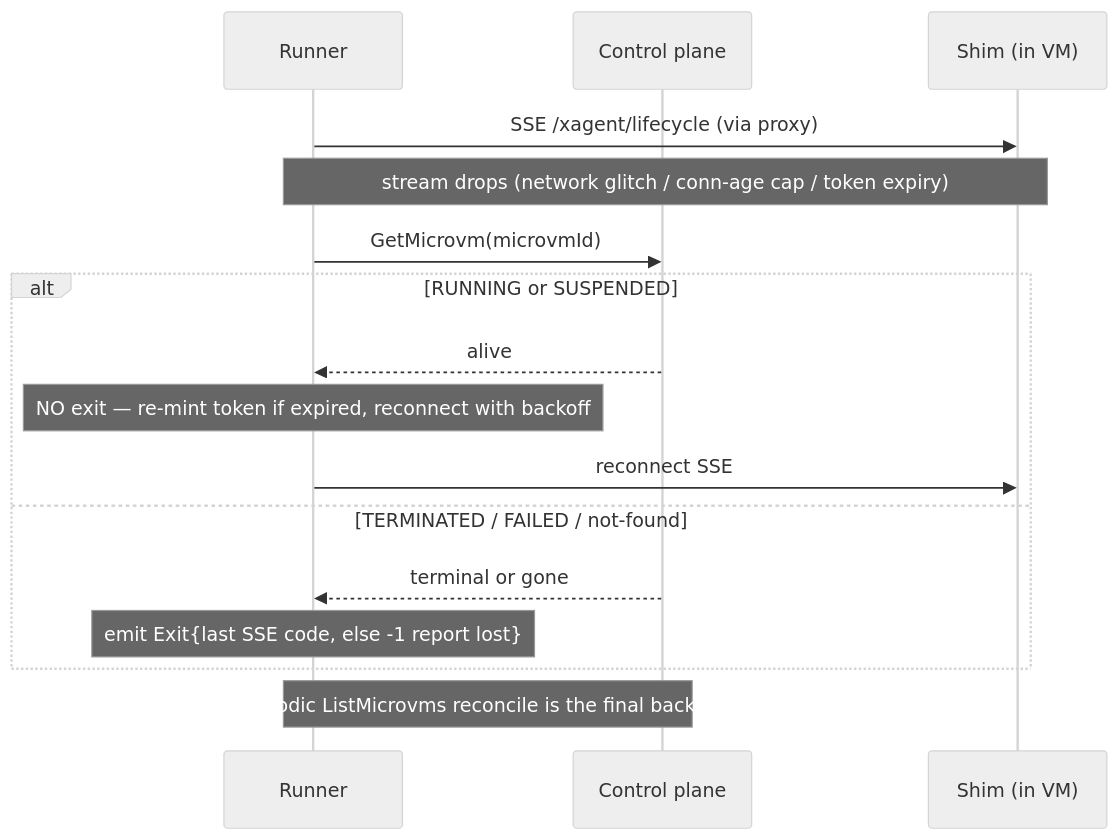
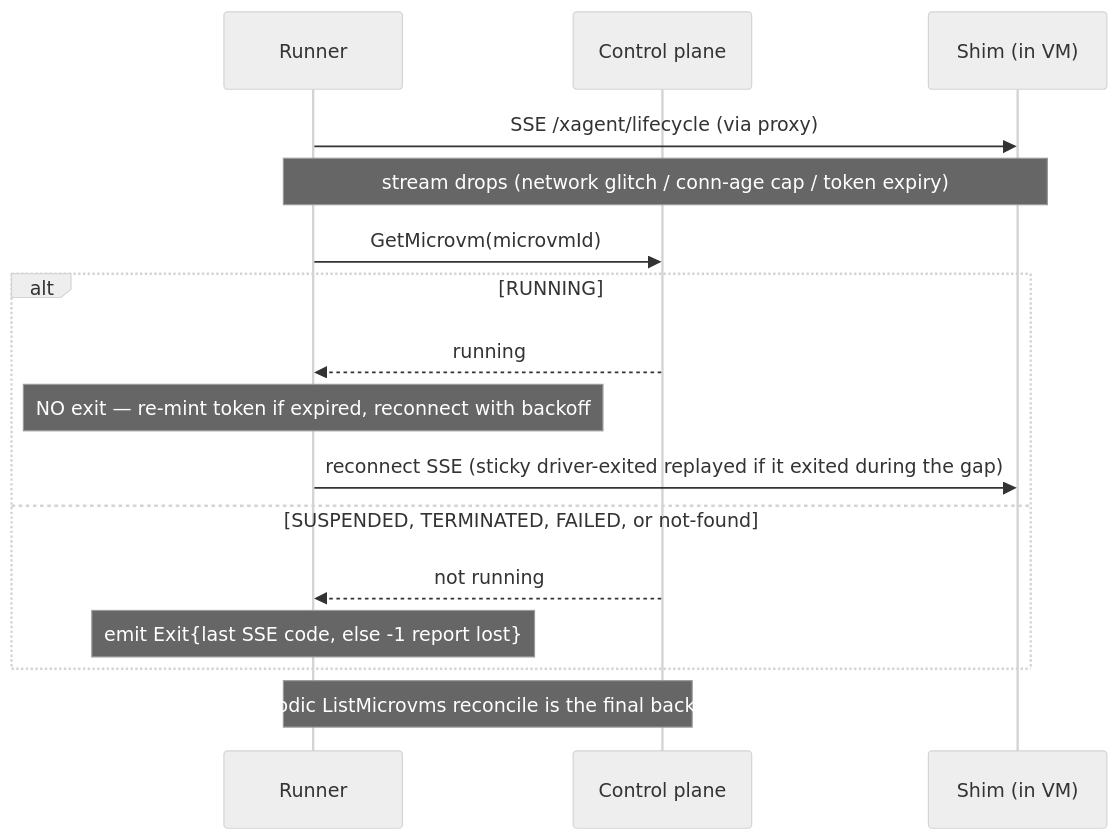
One commit to icholy/xagent changed the third of 4 diagrams in proposals/draft/lambda-microvm-backend.md. Above: the diagram before and after it, drawn with Mermaid (neutral theme). The commit also changed other lines of this file, not shown here.

Commit message:
proposal: suspend lambda-microvm on driver exit, terminate only on archive

````diff
--- a/proposals/draft/lambda-microvm-backend.md
+++ b/proposals/draft/lambda-microvm-backend.md
@@ -258,19 +328,19 @@
 ```mermaid
 sequenceDiagram
     participant R as Runner
     participant CP as Control plane
     participant Shim as Shim (in VM)
 
     R->>Shim: SSE /xagent/lifecycle (via proxy)
     Note over R,Shim: stream drops (network glitch / conn-age cap / token expiry)
     R->>CP: GetMicrovm(microvmId)
-    alt RUNNING or SUSPENDED
-        CP-->>R: alive
+    alt RUNNING
+        CP-->>R: running
         Note over R: NO exit — re-mint token if expired, reconnect with backoff
-        R->>Shim: reconnect SSE
-    else TERMINATED / FAILED / not-found
-        CP-->>R: terminal or gone
+        R->>Shim: reconnect SSE (sticky driver-exited replayed if it exited during the gap)
+    else SUSPENDED, TERMINATED, FAILED, or not-found
+        CP-->>R: not running
         Note over R: emit Exit{last SSE code, else -1 report lost}
     end
     Note over R,CP: periodic ListMicrovms reconcile is the final backstop
 ```
````
